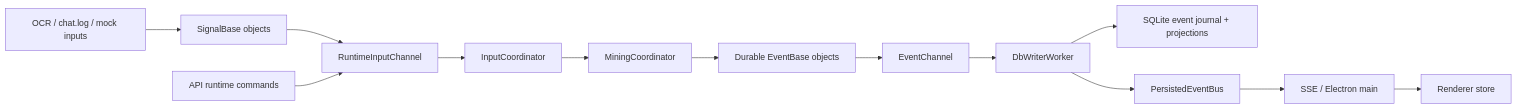
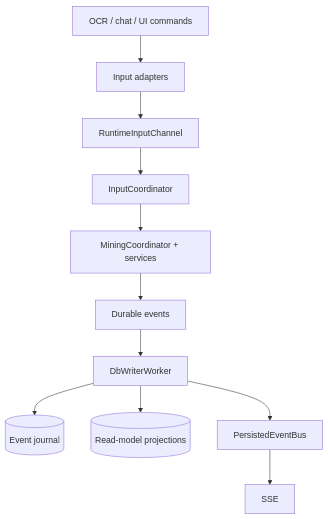
One commit to PatrykCieszynski/ZML changed the second of 8 diagrams in docs/architecture.md. Above: the diagram before and after it, drawn with Mermaid. The commit also changed other lines of this file and 1398 other files, not shown here.

First line of the commit message:
refactor: split OCR into standalone worker process (#47)

````diff
--- a/docs/architecture.md
+++ b/docs/architecture.md
@@ -63,15 +117,13 @@
 ```mermaid
-flowchart LR
-    Inputs["OCR / chat.log / mock inputs"] --> Signals["SignalBase objects"]
-    Signals --> InputQueue["RuntimeInputChannel"]
-    ApiCommands["API runtime commands"] --> InputQueue
-    InputQueue --> InputCoordinator["InputCoordinator"]
-    InputCoordinator --> MiningCoordinator["MiningCoordinator"]
-    MiningCoordinator --> Events["Durable EventBase objects"]
-    Events --> EventQueue["EventChannel"]
-    EventQueue --> DbWriter["DbWriterWorker"]
-    DbWriter --> SQLite["SQLite event journal + projections"]
-    DbWriter --> Bus["PersistedEventBus"]
-    Bus --> SSE["SSE / Electron main"]
-    SSE --> RendererStore["Renderer store"]
+flowchart TB
+    External[OCR / chat / UI commands] --> Inputs[Input adapters]
+    Inputs --> Queue[RuntimeInputChannel]
+    Queue --> Coordinator[InputCoordinator]
+    Coordinator --> Mining[MiningCoordinator + services]
+    Mining --> Events[Durable events]
+    Events --> Writer[DbWriterWorker]
+    Writer --> Journal[(Event journal)]
+    Writer --> Projections[(Read-model projections)]
+    Writer --> Bus[PersistedEventBus]
+    Bus --> SSE[SSE]
 ```
````
